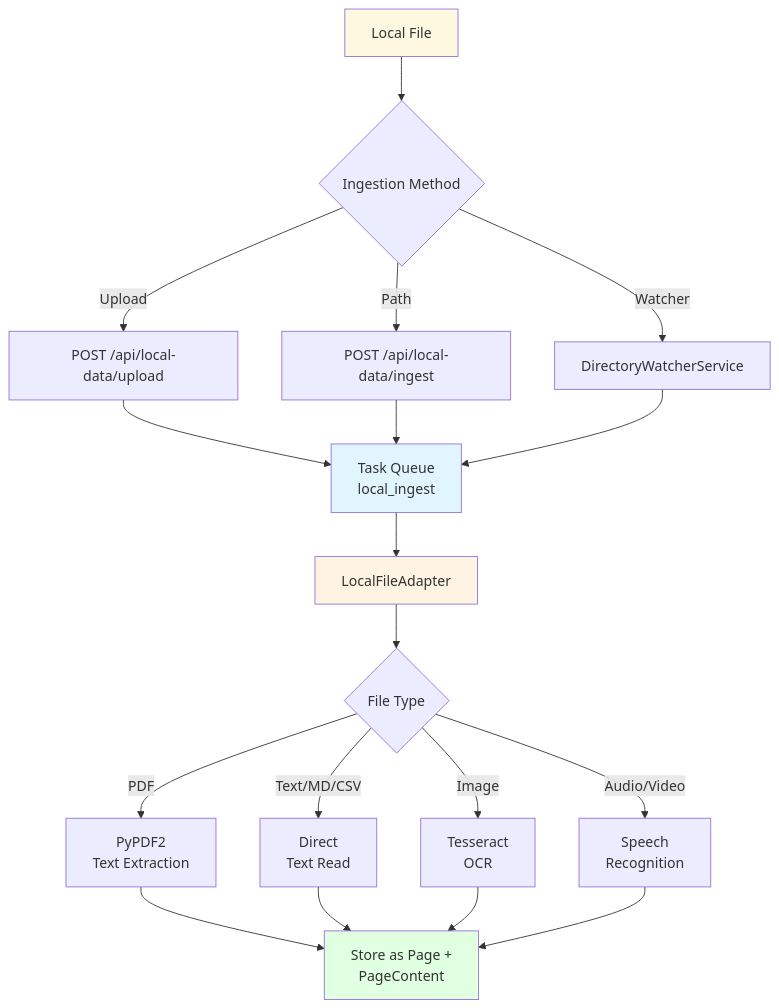
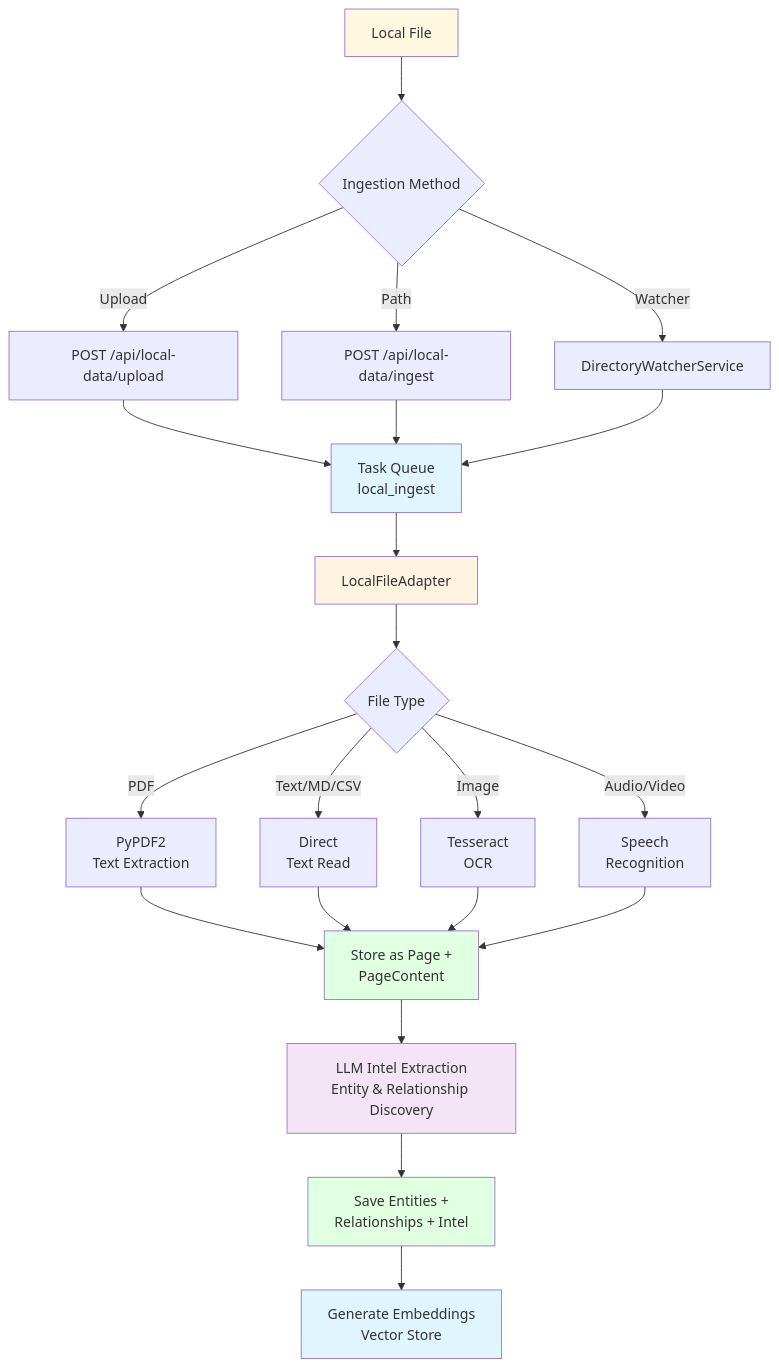
Before and after one commit to anorien90/Garuda: the fourth of 5 diagrams in README.md, drawn with Mermaid.

Commit message:
Update README pipeline diagram to show full intel extraction flow

````diff
--- a/README.md
+++ b/README.md
@@ -343,29 +343,35 @@
 ```mermaid
 flowchart TD
     A[Local File] --> B{Ingestion Method}
     B -->|Upload| C[POST /api/local-data/upload]
     B -->|Path| D[POST /api/local-data/ingest]
     B -->|Watcher| E[DirectoryWatcherService]
     
     C --> F[Task Queue<br/>local_ingest]
     D --> F
     E --> F
     
     F --> G[LocalFileAdapter]
     G --> H{File Type}
     
     H -->|PDF| I[PyPDF2<br/>Text Extraction]
     H -->|Text/MD/CSV| J[Direct<br/>Text Read]
     H -->|Image| K[Tesseract<br/>OCR]
     H -->|Audio/Video| L[Speech<br/>Recognition]
     
     I --> M[Store as Page +<br/>PageContent]
     J --> M
     K --> M
     L --> M
+    M --> N[LLM Intel Extraction<br/>Entity &amp; Relationship Discovery]
+    N --> O[Save Entities +<br/>Relationships + Intel]
+    O --> P[Generate Embeddings<br/>Vector Store]
 
     style A fill:#fff8e1
     style F fill:#e1f5ff
     style G fill:#fff4e1
     style M fill:#e1ffe1
+    style N fill:#f3e5f5
+    style O fill:#e1ffe1
+    style P fill:#e1f5ff
 ```
````
